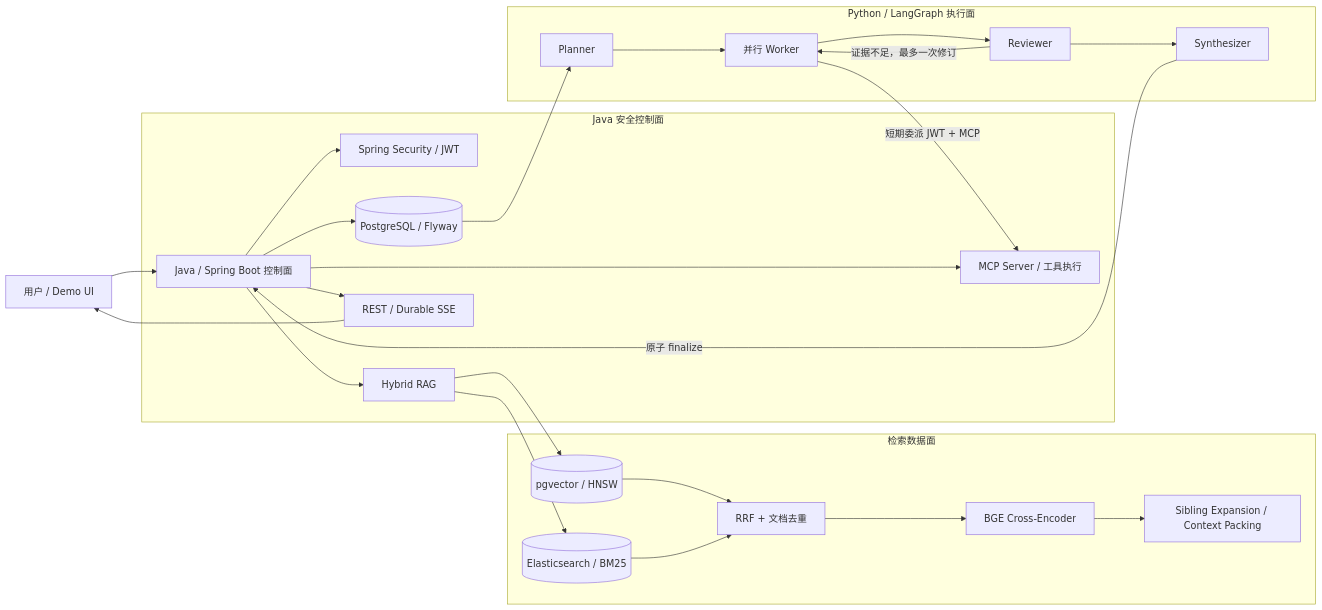
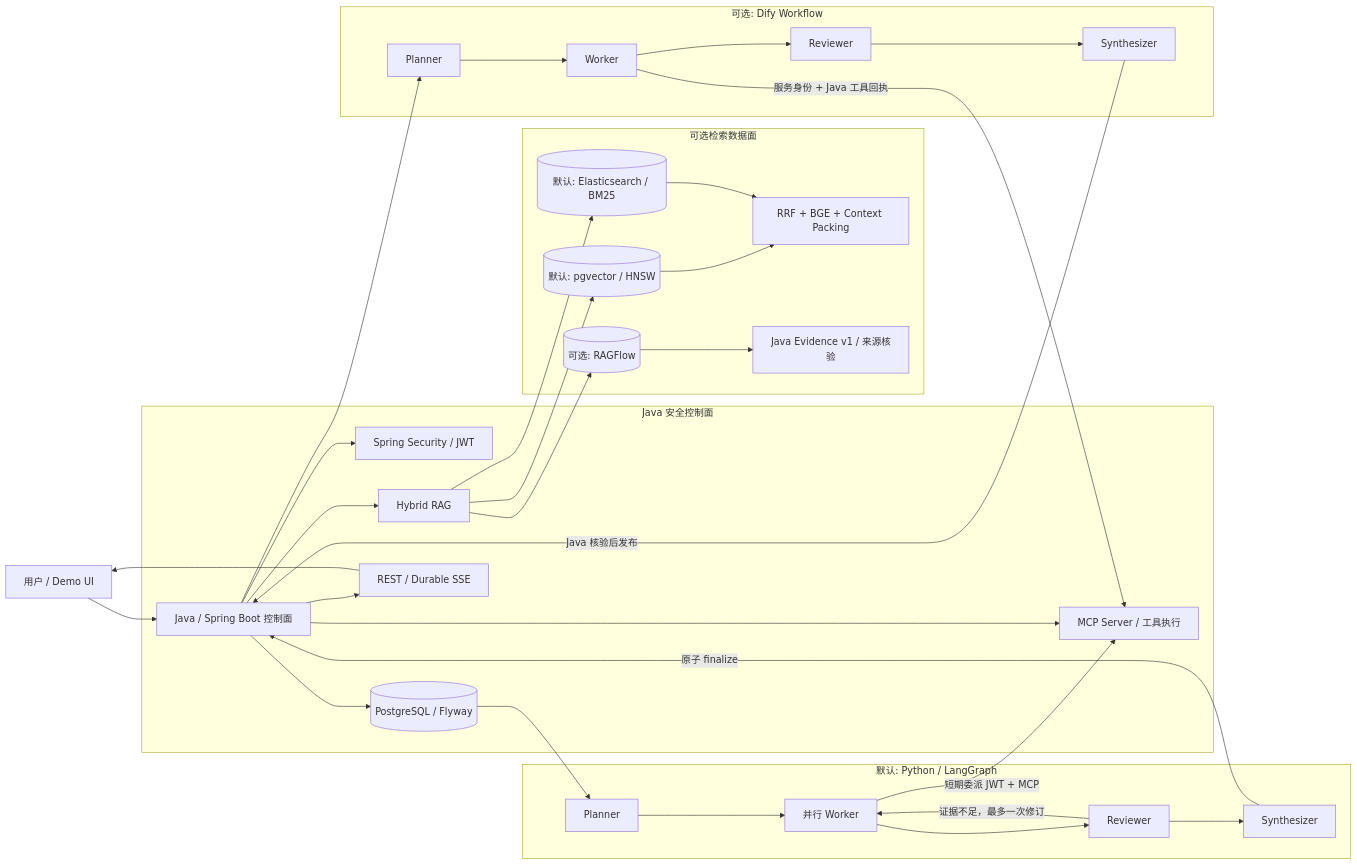
The diagram in README.md (Zwymemory/deepresearch), drawn with Mermaid before and after one commit. The commit also changed other lines of this file and 8 other files, not shown here.

````diff
--- a/README.md
+++ b/README.md
@@ -31,33 +33,40 @@
 ```mermaid
 flowchart LR
     U["用户 / Demo UI"] --> J["Java / Spring Boot 控制面"]
 
     subgraph C["Java 安全控制面"]
         J --> SEC["Spring Security / JWT"]
         J --> DB[("PostgreSQL / Flyway")]
         J --> RAG["Hybrid RAG"]
         J --> MCP["MCP Server / 工具执行"]
         J --> SSE["REST / Durable SSE"]
     end
 
-    subgraph D["检索数据面"]
-        RAG --> V[("pgvector / HNSW")]
-        RAG --> ES[("Elasticsearch / BM25")]
-        V --> RRF["RRF + 文档去重"]
+    subgraph D["可选检索数据面"]
+        RAG --> V[("默认: pgvector / HNSW")]
+        RAG --> ES[("默认: Elasticsearch / BM25")]
+        RAG --> RF[("可选: RAGFlow")]
+        V --> RRF["RRF + BGE + Context Packing"]
         ES --> RRF
-        RRF --> BGE["BGE Cross-Encoder"]
-        BGE --> CTX["Sibling Expansion / Context Packing"]
+        RF --> EV["Java Evidence v1 / 来源核验"]
     end
 
-    subgraph E["Python / LangGraph 执行面"]
+    subgraph E["默认: Python / LangGraph"]
         P["Planner"] --> W["并行 Worker"]
         W --> R["Reviewer"]
         R -->|"证据不足，最多一次修订"| W
         R --> S["Synthesizer"]
     end
 
+    subgraph F["可选: Dify Workflow"]
+        DP["Planner"] --> DW["Worker"] --> DR["Reviewer"] --> DS["Synthesizer"]
+    end
+
     DB --> P
+    J --> DP
     W -->|"短期委派 JWT + MCP"| MCP
+    DW -->|"服务身份 + Java 工具回执"| MCP
     S -->|"原子 finalize"| J
+    DS -->|"Java 核验后发布"| J
     SSE --> U
 ```
````
